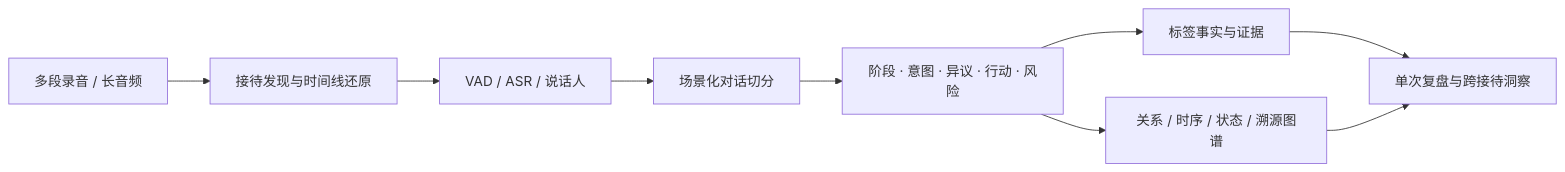
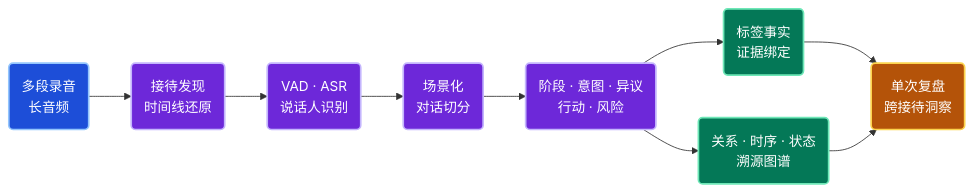
Before and after one commit to g5n-dev/audio_graphy: the first of 3 diagrams in README.md, drawn with Mermaid. The commit also changed other lines of this file and 16 other files, not shown here.

````diff
--- a/README.md
+++ b/README.md
@@ -45,11 +43,20 @@
 ```mermaid
 flowchart LR
-    A["多段录音 / 长音频"] --> B["接待发现与时间线还原"]
-    B --> C["VAD / ASR / 说话人"]
-    C --> D["场景化对话切分"]
-    D --> E["阶段 · 意图 · 异议 · 行动 · 风险"]
-    E --> F["标签事实与证据"]
-    E --> G["关系 / 时序 / 状态 / 溯源图谱"]
-    F --> H["单次复盘与跨接待洞察"]
+    A("多段录音<br/>长音频") --> B("接待发现<br/>时间线还原")
+    B --> C("VAD · ASR<br/>说话人识别")
+    C --> D("场景化<br/>对话切分")
+    D --> E("阶段 · 意图 · 异议<br/>行动 · 风险")
+    E --> F("标签事实<br/>证据绑定")
+    E --> G("关系 · 时序 · 状态<br/>溯源图谱")
+    F --> H("单次复盘<br/>跨接待洞察")
     G --> H
+
+    classDef input fill:#1d4ed8,stroke:#93c5fd,stroke-width:2px,color:#ffffff
+    classDef stage fill:#6d28d9,stroke:#c4b5fd,stroke-width:2px,color:#ffffff
+    classDef fact fill:#047857,stroke:#6ee7b7,stroke-width:2px,color:#ffffff
+    classDef insight fill:#b45309,stroke:#fcd34d,stroke-width:2px,color:#ffffff
+    class A input
+    class B,C,D,E stage
+    class F,G fact
+    class H insight
 ```
````
